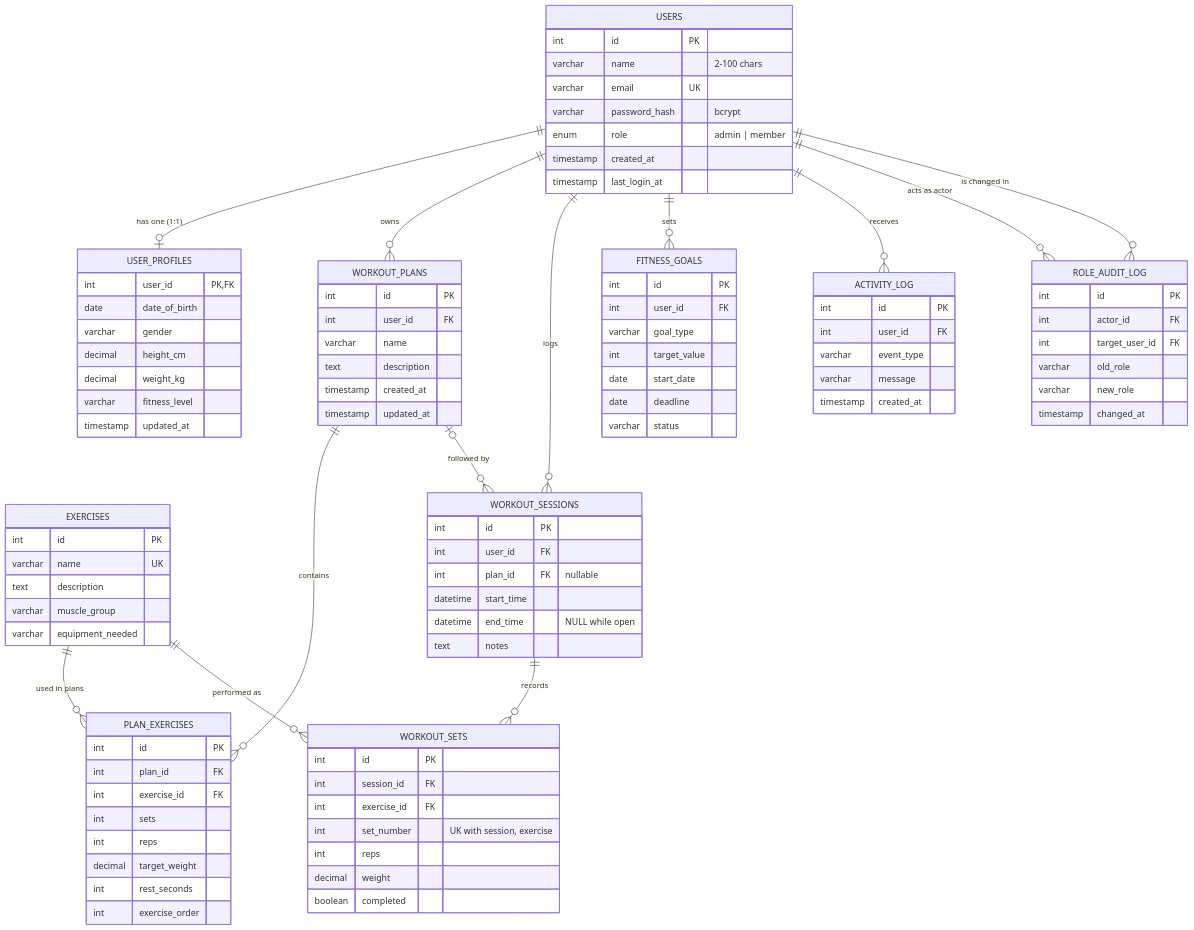
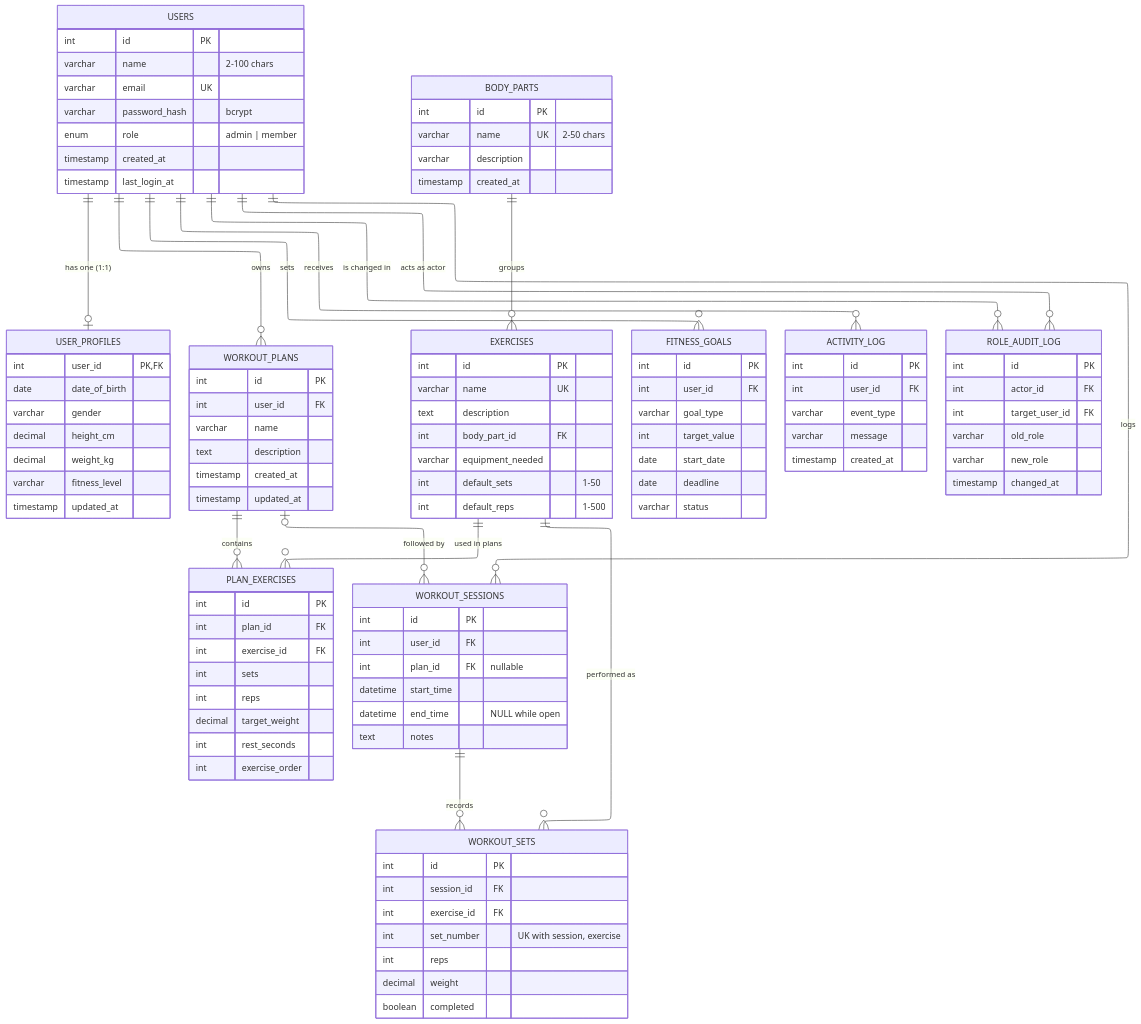
The diagram in database/docs/er_diagram.mmd (duplicatenode/Fitness-Tracker), drawn with Mermaid before and after one commit. The commit also changed 12 other files, not shown here.

Commit message:
Update ER diagram, schema docs, queries, demos and report for body parts

```diff
--- a/database/docs/er_diagram.mmd
+++ b/database/docs/er_diagram.mmd
@@ -1,98 +1,111 @@
+---
+config:
+  layout: elk
+---
 erDiagram
     USERS {
         int id PK
         varchar name "2-100 chars"
         varchar email UK
         varchar password_hash "bcrypt"
         enum role "admin | member"
         timestamp created_at
         timestamp last_login_at
     }
     USER_PROFILES {
         int user_id PK,FK
         date date_of_birth
         varchar gender
         decimal height_cm
         decimal weight_kg
         varchar fitness_level
         timestamp updated_at
     }
     WORKOUT_PLANS {
         int id PK
         int user_id FK
         varchar name
         text description
         timestamp created_at
         timestamp updated_at
     }
+    BODY_PARTS {
+        int id PK
+        varchar name UK "2-50 chars"
+        varchar description
+        timestamp created_at
+    }
     EXERCISES {
         int id PK
         varchar name UK
         text description
-        varchar muscle_group
+        int body_part_id FK
         varchar equipment_needed
+        int default_sets "1-50"
+        int default_reps "1-500"
     }
     PLAN_EXERCISES {
         int id PK
         int plan_id FK
         int exercise_id FK
         int sets
         int reps
         decimal target_weight
         int rest_seconds
         int exercise_order
     }
     WORKOUT_SESSIONS {
         int id PK
         int user_id FK
         int plan_id FK "nullable"
         datetime start_time
         datetime end_time "NULL while open"
         text notes
     }
     WORKOUT_SETS {
         int id PK
         int session_id FK
         int exercise_id FK
         int set_number "UK with session, exercise"
         int reps
         decimal weight
         boolean completed
     }
     FITNESS_GOALS {
         int id PK
         int user_id FK
         varchar goal_type
         int target_value
         date start_date
         date deadline
         varchar status
     }
     ACTIVITY_LOG {
         int id PK
         int user_id FK
         varchar event_type
         varchar message
         timestamp created_at
     }
     ROLE_AUDIT_LOG {
         int id PK
         int actor_id FK
         int target_user_id FK
         varchar old_role
         varchar new_role
         timestamp changed_at
     }
 
     USERS ||--o| USER_PROFILES : "has one (1:1)"
     USERS ||--o{ WORKOUT_PLANS : "owns"
     USERS ||--o{ WORKOUT_SESSIONS : "logs"
     USERS ||--o{ FITNESS_GOALS : "sets"
     USERS ||--o{ ACTIVITY_LOG : "receives"
     USERS ||--o{ ROLE_AUDIT_LOG : "acts as actor"
     USERS ||--o{ ROLE_AUDIT_LOG : "is changed in"
     WORKOUT_PLANS ||--o{ PLAN_EXERCISES : "contains"
+    BODY_PARTS ||--o{ EXERCISES : "groups"
     EXERCISES ||--o{ PLAN_EXERCISES : "used in plans"
     WORKOUT_PLANS |o--o{ WORKOUT_SESSIONS : "followed by"
     WORKOUT_SESSIONS ||--o{ WORKOUT_SETS : "records"
     EXERCISES ||--o{ WORKOUT_SETS : "performed as"
```
